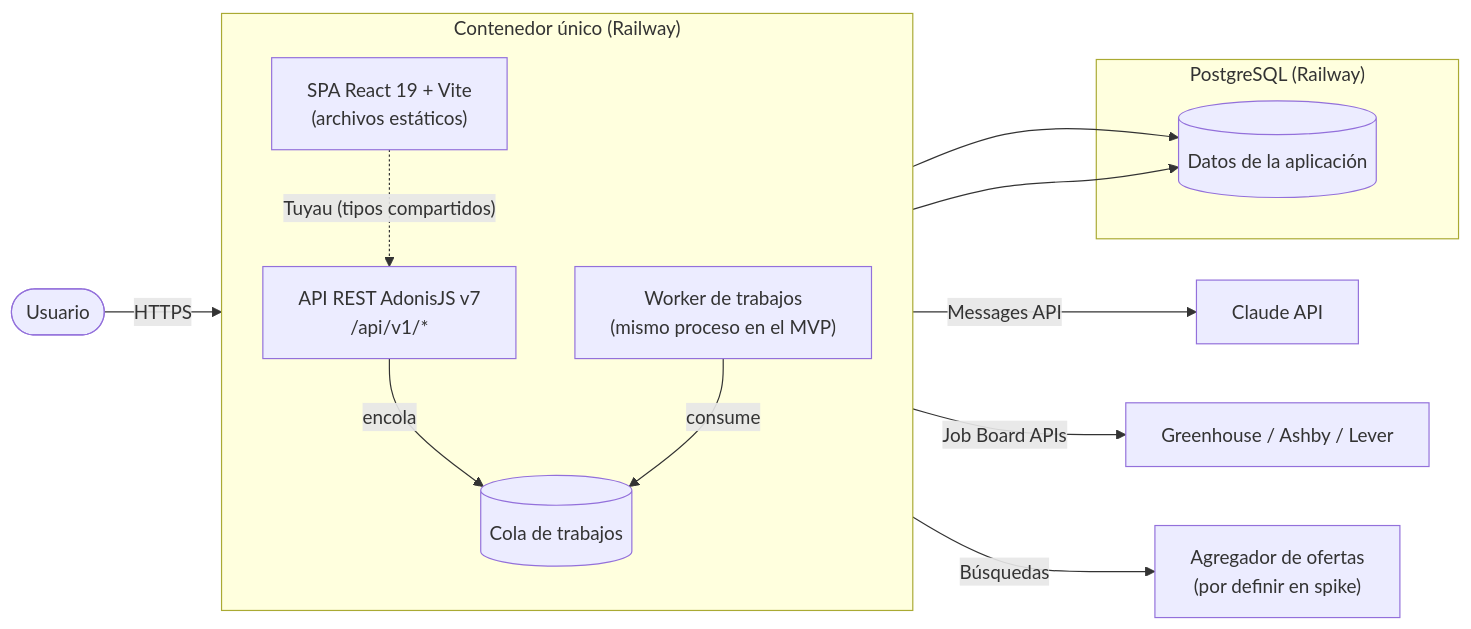
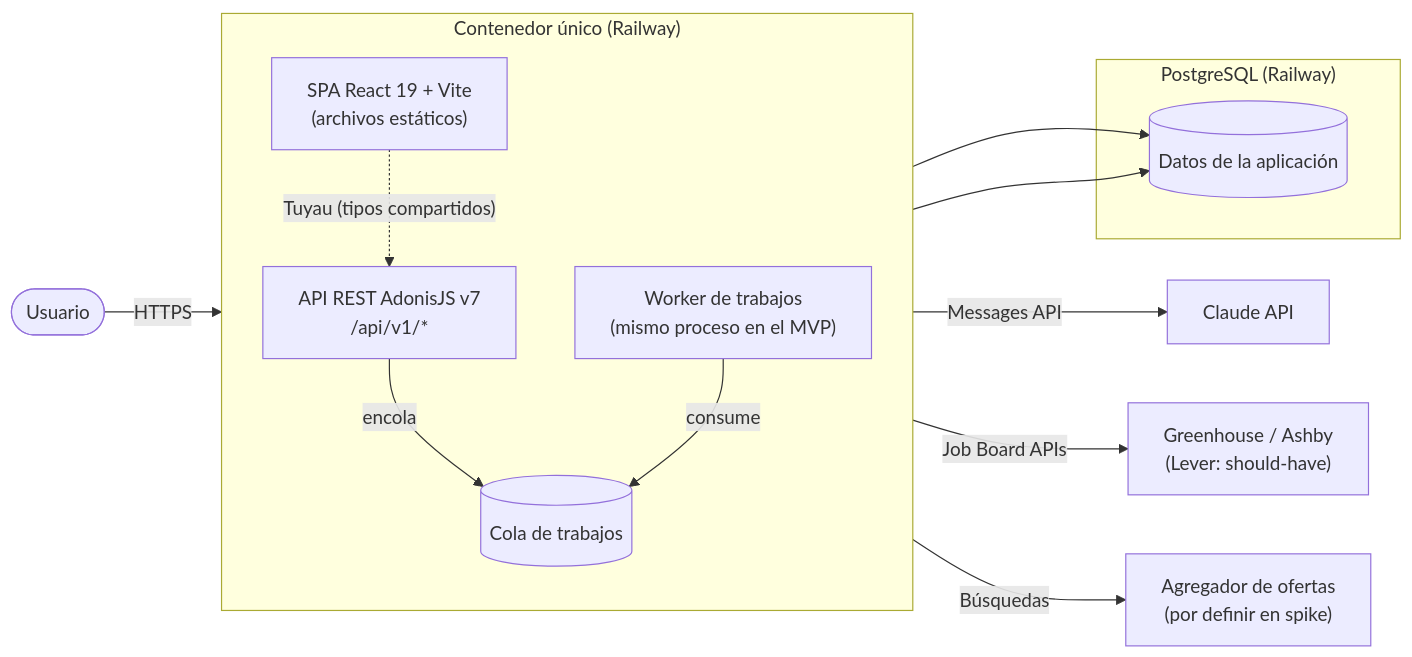
Before and after one commit to LIDR-academy-temp/AI4Devs-finalproject: the first of 4 diagrams in docs/architecture.md, drawn with Mermaid. The commit also changed other lines of this file and 12 other files, not shown here.

````diff
--- a/docs/architecture.md
+++ b/docs/architecture.md
@@ -26,25 +26,25 @@
 ```mermaid
 flowchart LR
     user([Usuario]) -->|HTTPS| container
 
     subgraph container["Contenedor único (Railway)"]
         direction TB
         spa["SPA React 19 + Vite<br/>(archivos estáticos)"]
         api["API REST AdonisJS v7<br/>/api/v1/*"]
         worker["Worker de trabajos<br/>(mismo proceso en el MVP)"]
         spa -. "Tuyau (tipos compartidos)" .-> api
         api -->|encola| queue
         worker -->|consume| queue
     end
 
     subgraph db["PostgreSQL (Railway)"]
         queue[("Cola de trabajos")]
         data[("Datos de la aplicación")]
     end
 
     api --> data
     worker --> data
     worker -->|Messages API| claude["Claude API"]
-    worker -->|Job Board APIs| gh["Greenhouse / Ashby / Lever"]
+    worker -->|Job Board APIs| gh["Greenhouse / Ashby<br/>(Lever: should-have)"]
     worker -->|Búsquedas| agg["Agregador de ofertas<br/>(por definir en spike)"]
 ```
````
